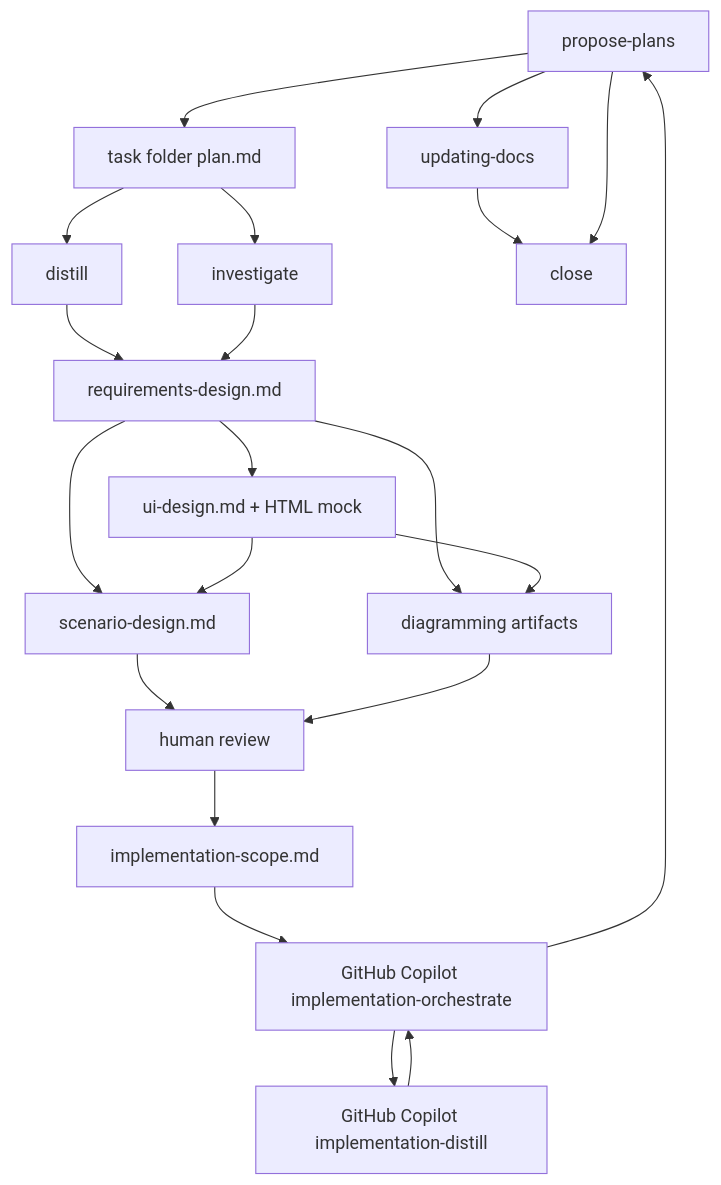
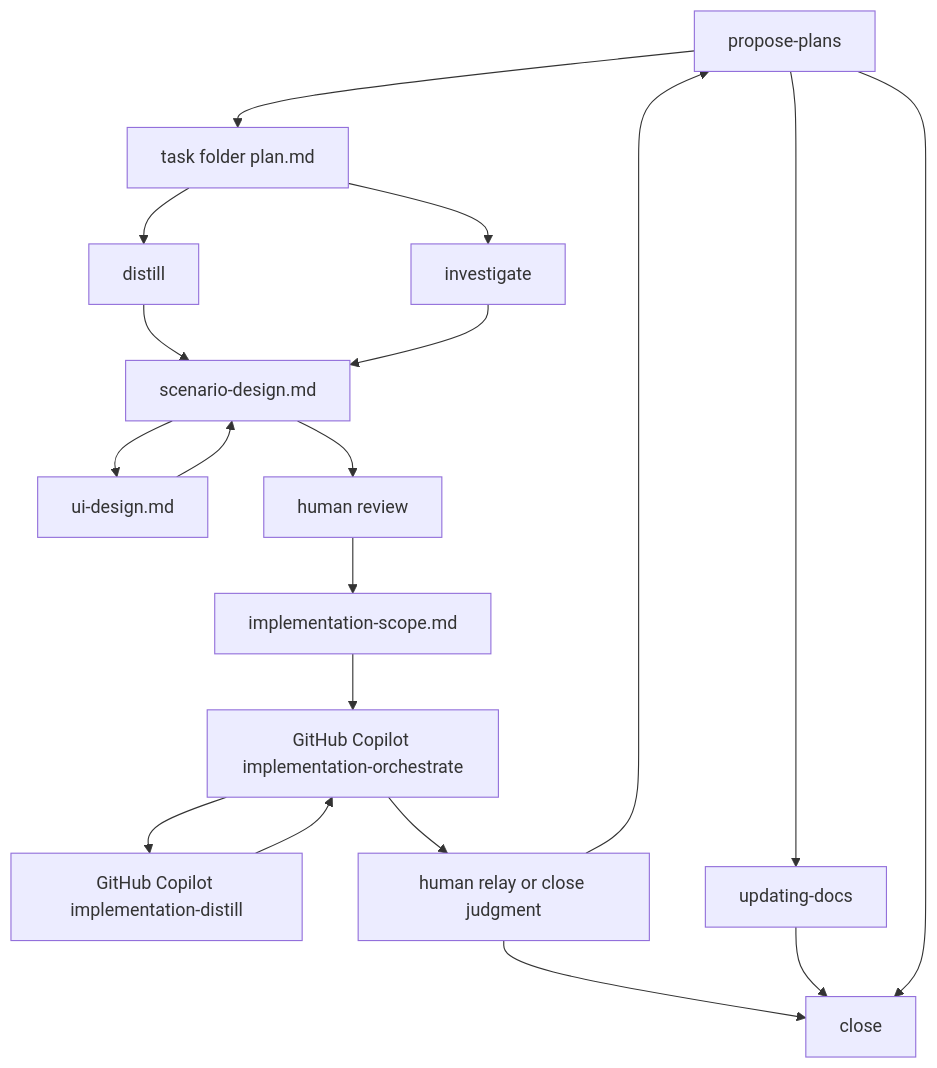
The diagram in .codex/workflow.md (ishibata91/AITranslationEngineJP), drawn with Mermaid before and after one commit. The commit also changed other lines of this file and 61 other files, not shown here.

````diff
--- a/.codex/workflow.md
+++ b/.codex/workflow.md
@@ -6,34 +9,31 @@
 ```mermaid
 flowchart TD
     A[propose-plans]
     P[task folder plan.md]
     B[distill]
     C[investigate]
-    R[requirements-design.md]
-    U[ui-design.md + HTML mock]
+    U[ui-design.md]
     S[scenario-design.md]
-    D[diagramming artifacts]
     F[human review]
     G[implementation-scope.md]
     H[GitHub Copilot implementation-orchestrate]
     K[GitHub Copilot implementation-distill]
+    M[human relay or close judgment]
     I[updating-docs]
     J[close]
 
     A --> P
-    P --> B --> R
-    P --> C --> R
-    R --> U
-    R --> S
+    P --> B --> S
+    P --> C --> S
+    S --> U
     U --> S
-    R --> D
-    U --> D
     S --> F
-    D --> F
     F --> G
     G --> H
     H --> K --> H
-    H --> A
+    H --> M
+    M --> A
+    M --> J
     A --> I --> J
     A --> J
 ```
````
